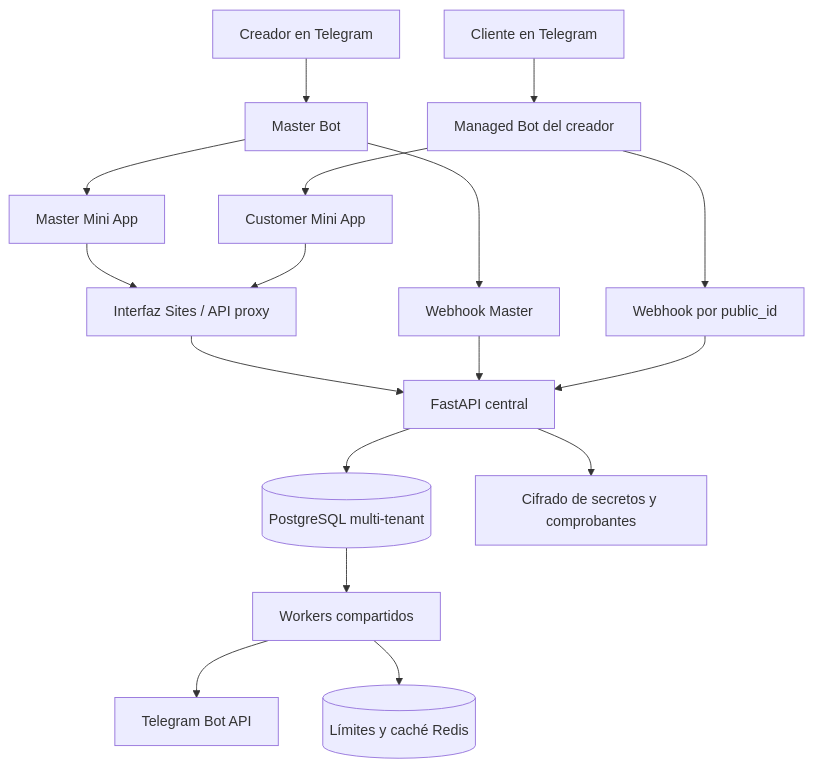
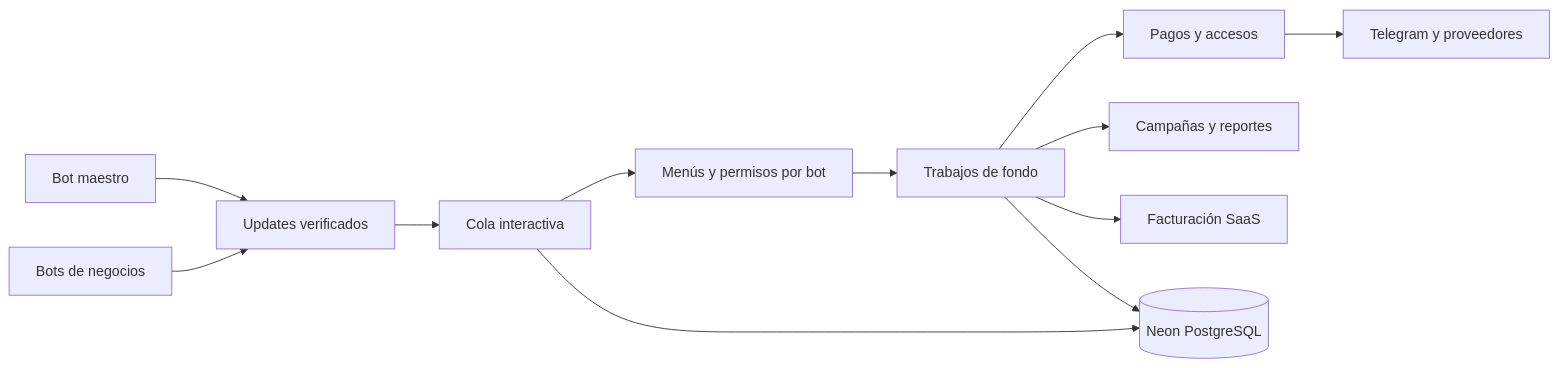
One commit to gabolaurav123/Plataforma-SaaS changed the diagram in docs/arquitectura.md. Above: the diagram before and after it, drawn with Mermaid. The commit also changed other lines of this file and 82 other files, not shown here.

Commit message:
Implementar gestion comercial de bots y facturacion SaaS desde Telegram

````diff
--- a/docs/arquitectura.md
+++ b/docs/arquitectura.md
@@ -16,19 +7,14 @@
 ```mermaid
-flowchart TD
-    Creator[Creador en Telegram] --> Master[Master Bot]
-    Master --> CreatorUI[Master Mini App]
-    CreatorUI --> BFF[Interfaz Sites / API proxy]
-    Customer[Cliente en Telegram] --> Child[Managed Bot del creador]
-    Child --> CustomerUI[Customer Mini App]
-    CustomerUI --> BFF
-    BFF --> API[FastAPI central]
-    Master --> Hooks[Webhook Master]
-    Child --> Multi[Webhook por public_id]
-    Hooks --> API
-    Multi --> API
-    API --> DB[(PostgreSQL multi-tenant)]
-    DB --> Jobs[Workers compartidos]
-    Jobs --> TG[Telegram Bot API]
-    Jobs --> Redis[(Límites y caché Redis)]
-    API --> Vault[Cifrado de secretos y comprobantes]
+flowchart LR
+  M[Bot maestro] --> I[Updates verificados]
+  B[Bots de negocios] --> I
+  I --> Q[Cola interactiva]
+  Q --> C[Menús y permisos por bot]
+  C --> J[Trabajos de fondo]
+  J --> P[Pagos y accesos]
+  J --> R[Campañas y reportes]
+  J --> F[Facturación SaaS]
+  Q --> D[(Neon PostgreSQL)]
+  J --> D
+  P --> T[Telegram y proveedores]
 ```
````
